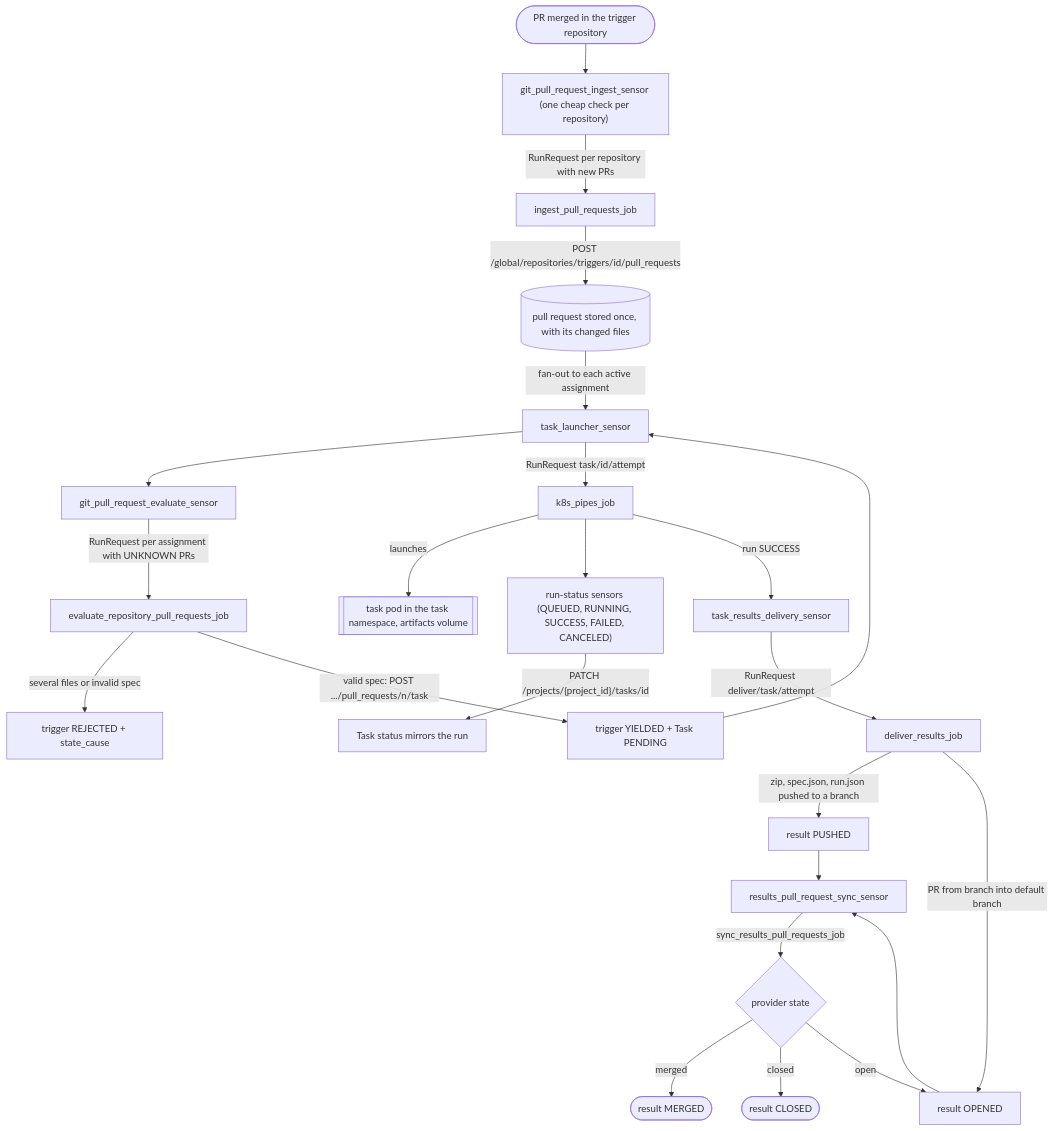
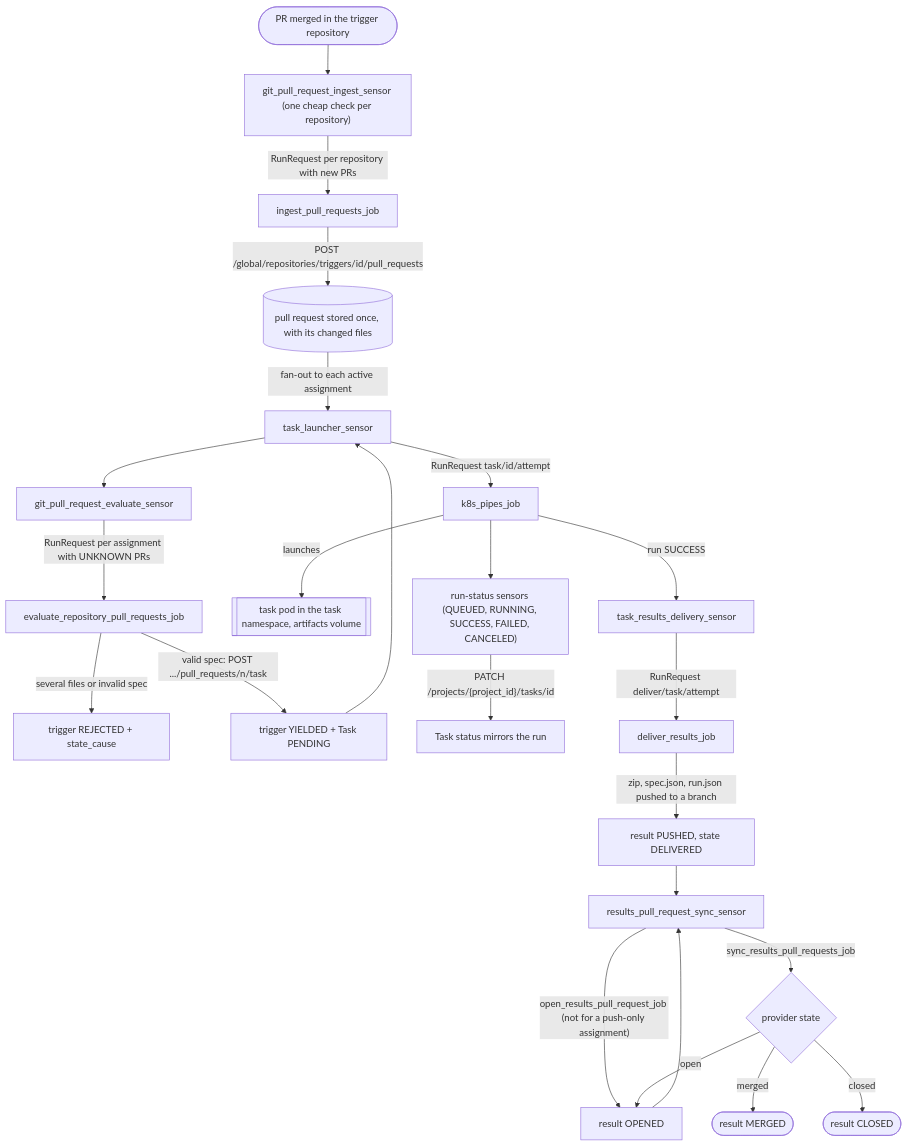
The first of 3 diagrams in docs/architecture/flows.md (Aridhia-Open-Source/PHEMS_federated_node), drawn with Mermaid before and after one commit. The commit also changed other lines of this file and 49 other files, not shown here.

First line of the commit message:
Results PR sensor owns the pull request; one provider list per results repository per tick (#621)

````diff
--- a/docs/architecture/flows.md
+++ b/docs/architecture/flows.md
@@ -7,26 +7,26 @@
 ```mermaid
 flowchart TD
     A([PR merged in the trigger repository]) --> B["git_pull_request_ingest_sensor (one cheap check per repository)"]
     B -->|"RunRequest per repository with new PRs"| B2["ingest_pull_requests_job"]
     B2 -->|"POST /global/repositories/triggers/id/pull_requests"| S[("pull request stored once, with its changed files")]
     S -->|"fan-out to each active assignment"| F["PullRequestTrigger per assignment: UNKNOWN (non-matching project resources are skipped)"]
     F --> C[git_pull_request_evaluate_sensor]
     C -->|"RunRequest per assignment with UNKNOWN PRs"| D[evaluate_repository_pull_requests_job]
     D -->|"several files or invalid spec"| I2[trigger REJECTED + state_cause]
     D -->|"valid spec: POST .../pull_requests/n/task"| E[trigger YIELDED + Task PENDING]
     E --> F[task_launcher_sensor]
     F -->|"RunRequest task/id/attempt"| G[k8s_pipes_job]
     G -->|"launches"| P[[task pod in the task namespace, artifacts volume]]
     G --> H["run-status sensors (QUEUED, RUNNING, SUCCESS, FAILED, CANCELED)"]
     H -->|"PATCH /projects/{project_id}/tasks/id"| T[Task status mirrors the run]
     G -->|"run SUCCESS"| J[task_results_delivery_sensor]
     J -->|"RunRequest deliver/task/attempt"| K[deliver_results_job]
-    K -->|"zip, spec.json, run.json pushed to a branch"| L[result PUSHED]
-    K -->|"PR from branch into default branch"| M[result OPENED]
-    M --> N[results_pull_request_sync_sensor]
-    L --> N
+    K -->|"zip, spec.json, run.json pushed to a branch"| L["result PUSHED, state DELIVERED"]
+    L --> N[results_pull_request_sync_sensor]
+    N -->|"open_results_pull_request_job (not for a push-only assignment)"| M[result OPENED]
+    M --> N
     N -->|"sync_results_pull_requests_job"| O{provider state}
     O -->|merged| Q([result MERGED])
     O -->|closed| R([result CLOSED])
     O -->|open| M
 ```
````
